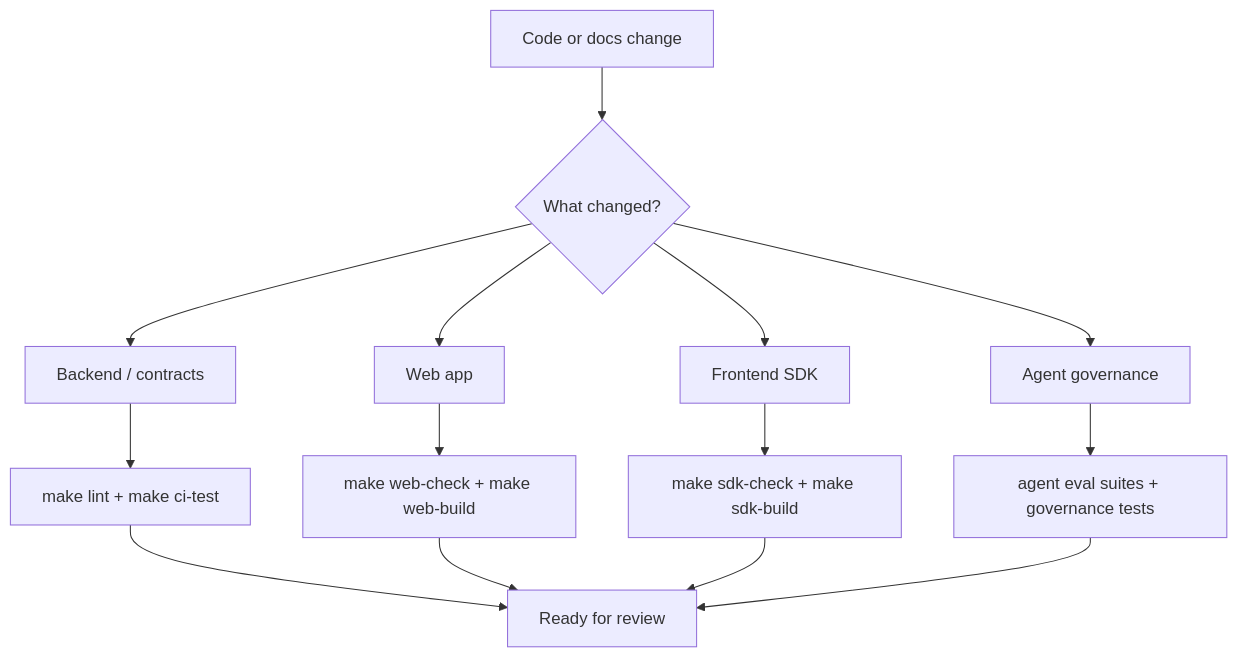
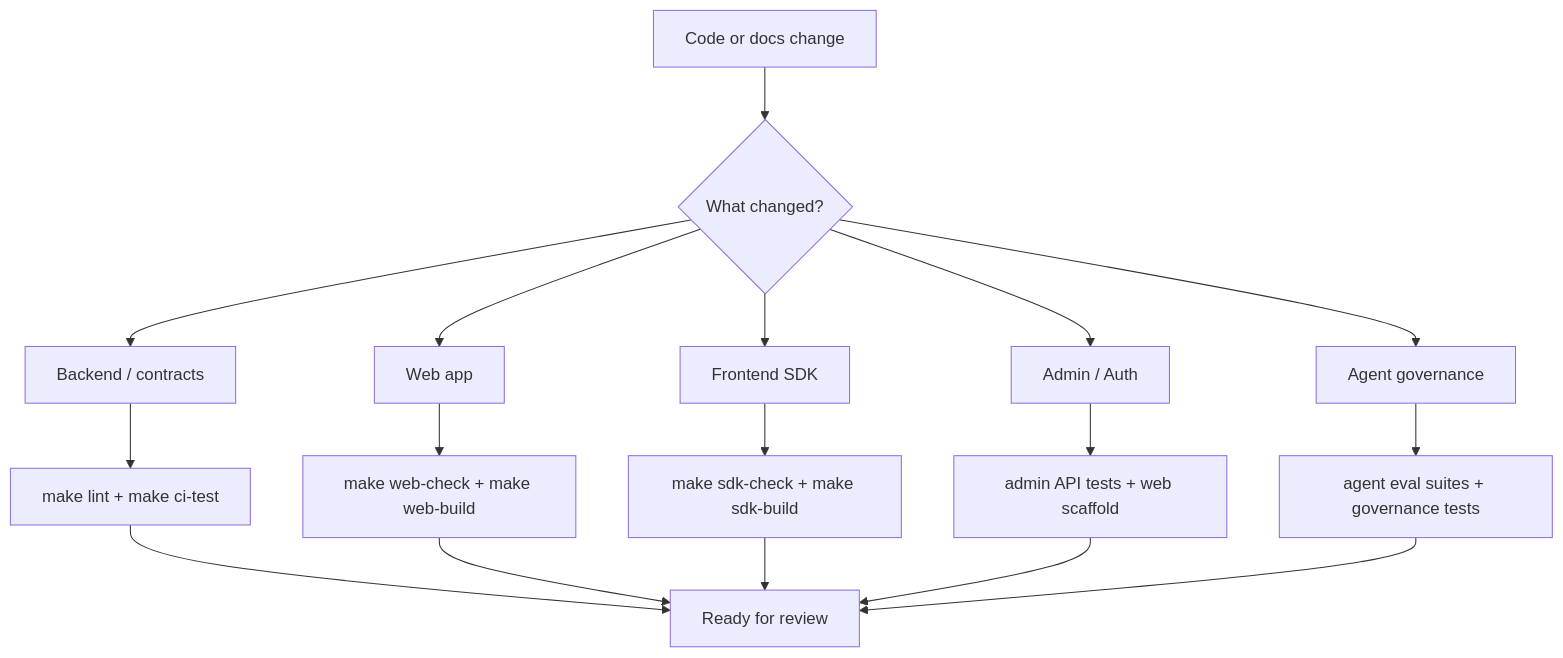
The diagram in docs/development.md (William-zgx/focus-agent), drawn with Mermaid before and after one commit. The commit also changed other lines of this file and 70 other files, not shown here.

Commit message:
Refresh auth admin and agent team experience

````diff
--- a/docs/development.md
+++ b/docs/development.md
@@ -5,16 +5,19 @@
 ```mermaid
 flowchart TD
     Change["Code or docs change"] --> Scope{"What changed?"}
     Scope --> Backend["Backend / contracts"]
     Scope --> Web["Web app"]
     Scope --> SDK["Frontend SDK"]
+    Scope --> Admin["Admin / Auth"]
     Scope --> Agent["Agent governance"]
     Backend --> CI["make lint + make ci-test"]
     Web --> WebChecks["make web-check + make web-build"]
     SDK --> SDKChecks["make sdk-check + make sdk-build"]
+    Admin --> AdminChecks["admin API tests + web scaffold"]
     Agent --> Eval["agent eval suites + governance tests"]
     CI --> Done["Ready for review"]
     WebChecks --> Done
     SDKChecks --> Done
+    AdminChecks --> Done
     Eval --> Done
 ```
````
